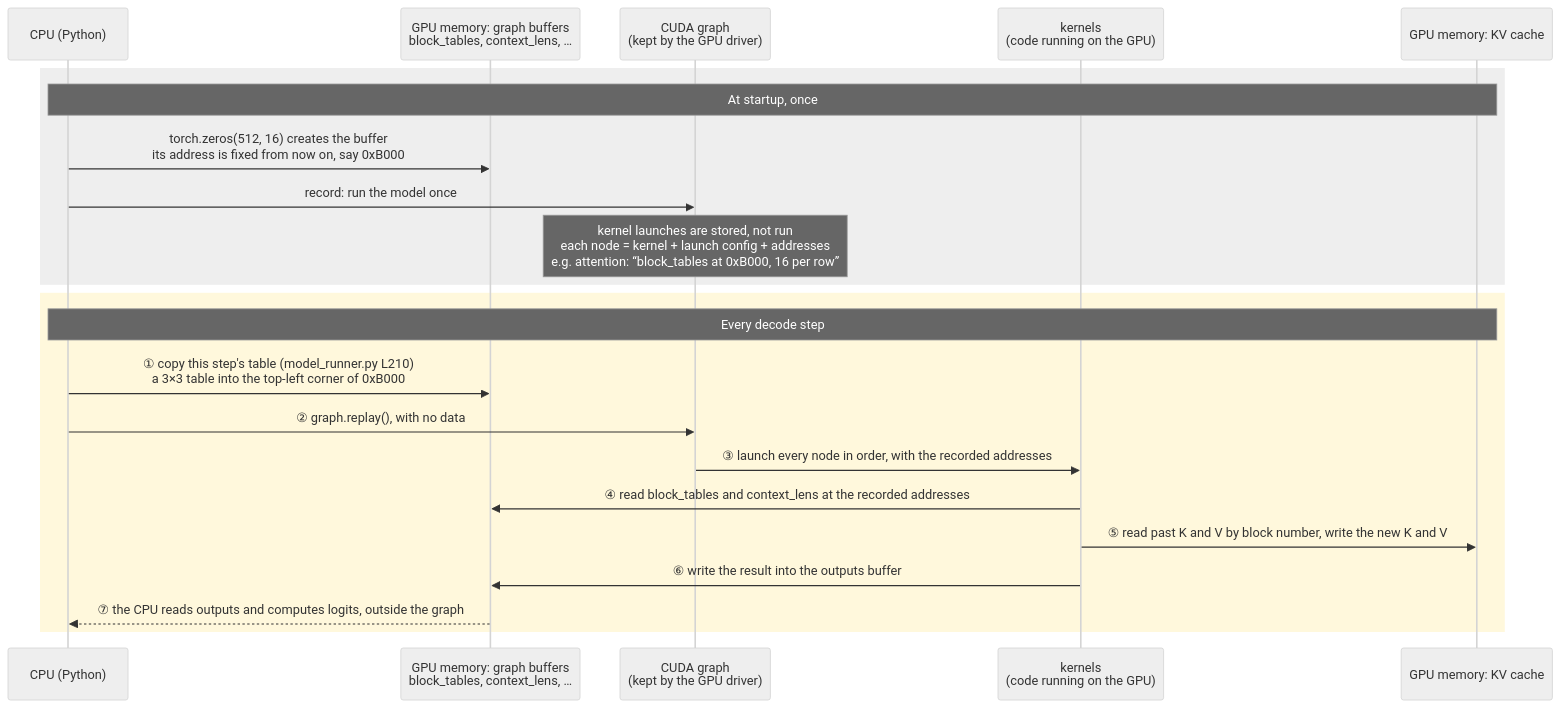
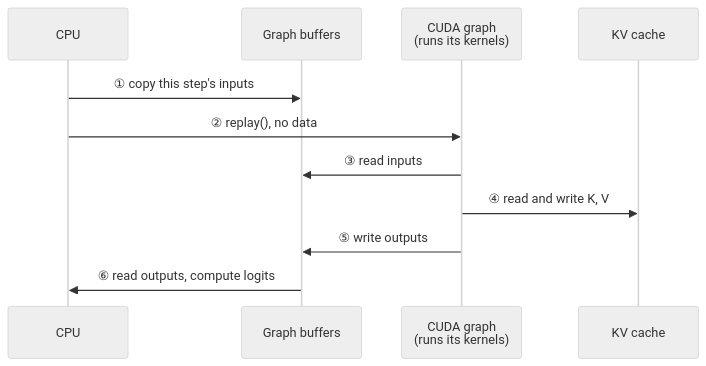
Before and after one commit to taigaoma1997/llm-infra-notes: the fourth of 4 diagrams in notes/nano-vllm/issues/190-cuda-graph-block-tables.md, drawn with Mermaid (neutral theme). The commit also changed other lines of this file and 1 other file, not shown here.

Commit message:
nano-vllm #190: narrower diagrams with step tables (node, startup, decode step)

````diff
--- a/notes/nano-vllm/issues/190-cuda-graph-block-tables.md
+++ b/notes/nano-vllm/issues/190-cuda-graph-block-tables.md
@@ -194,26 +224,13 @@
 ```mermaid
 sequenceDiagram
-    participant CPU as CPU (Python)
-    participant BUF as GPU memory: graph buffers<br/>block_tables, context_lens, …
-    participant G as CUDA graph<br/>(kept by the GPU driver)
-    participant K as kernels<br/>(code running on the GPU)
-    participant KV as GPU memory: KV cache
-
-    rect rgb(238, 238, 238)
-    Note over CPU,KV: At startup, once
-    CPU->>BUF: torch.zeros(512, 16) creates the buffer<br/>its address is fixed from now on, say 0xB000
-    CPU->>G: record: run the model once
-    Note over G: kernel launches are stored, not run<br/>each node = kernel + launch config + addresses<br/>e.g. attention: “block_tables at 0xB000, 16 per row”
-    end
-
-    rect rgb(255, 248, 220)
-    Note over CPU,KV: Every decode step
-    CPU->>BUF: ① copy this step's table (model_runner.py L210)<br/>a 3×3 table into the top-left corner of 0xB000
-    CPU->>G: ② graph.replay(), with no data
-    G->>K: ③ launch every node in order, with the recorded addresses
-    K->>BUF: ④ read block_tables and context_lens at the recorded addresses
-    K->>KV: ⑤ read past K and V by block number, write the new K and V
-    K->>BUF: ⑥ write the result into the outputs buffer
-    BUF-->>CPU: ⑦ the CPU reads outputs and computes logits, outside the graph
-    end
+    participant CPU
+    participant BUF as Graph buffers
+    participant G as CUDA graph<br/>(runs its kernels)
+    participant KV as KV cache
+    CPU->>BUF: ① copy this step's inputs
+    CPU->>G: ② replay(), no data
+    G->>BUF: ③ read inputs
+    G->>KV: ④ read and write K, V
+    G->>BUF: ⑤ write outputs
+    BUF->>CPU: ⑥ read outputs, compute logits
 ```
````
